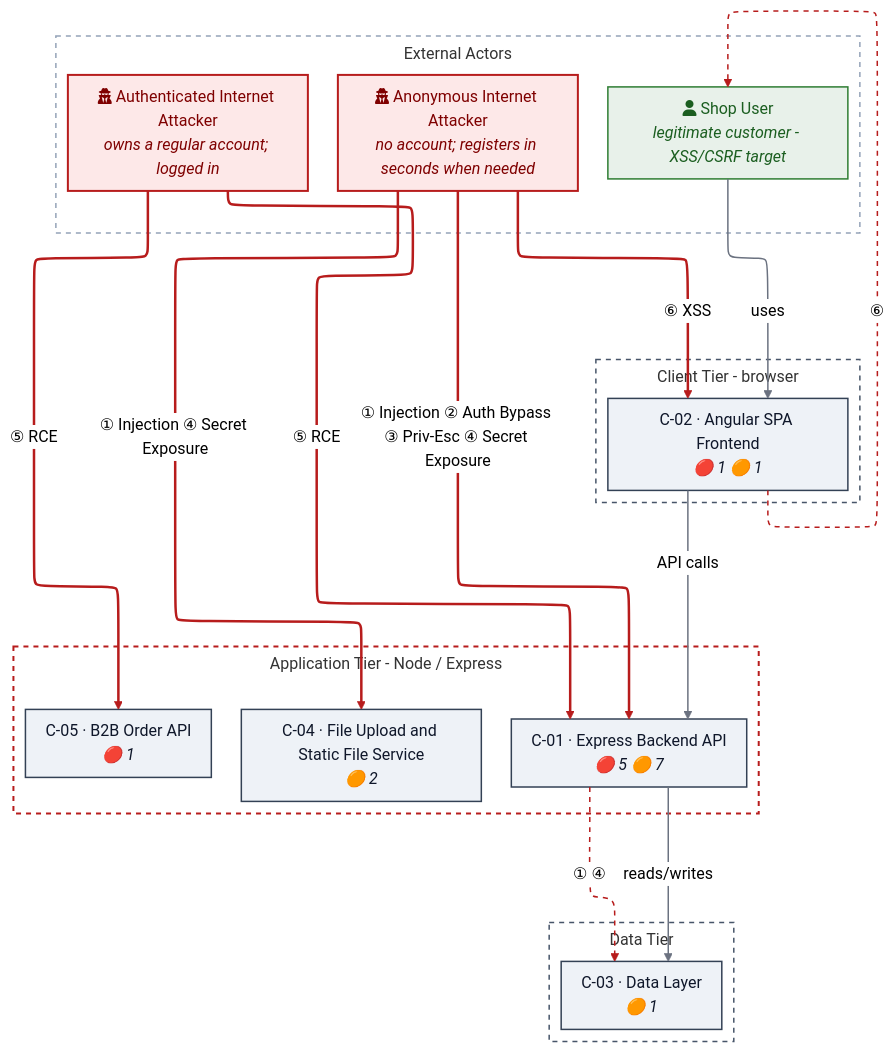
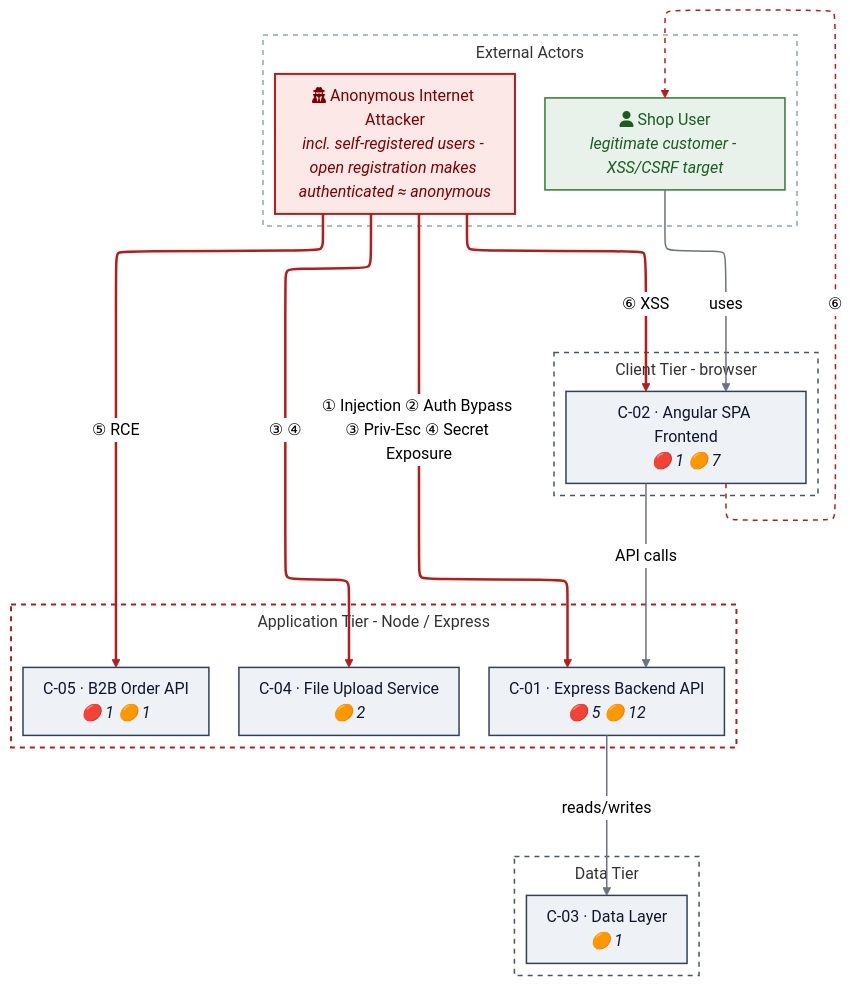
One commit to appsec-foundry/appsec-advisor changed the first of 18 diagrams in examples/threat-modeler/threat-model-juice-shop-standard.md. Above: the diagram before and after it, drawn with Mermaid (neutral theme). The commit also changed other lines of this file and 44 other files, not shown here.

````diff
--- a/examples/threat-modeler/threat-model-juice-shop-standard.md
+++ b/examples/threat-modeler/threat-model-juice-shop-standard.md
@@ -114,49 +114,46 @@
 ```mermaid
 %%{init: {"flowchart": {"defaultRenderer": "elk", "nodeSpacing": 34, "rankSpacing": 52, "padding": 10, "subGraphTitleMargin": {"top": 6, "bottom": 6}}} }%%
 flowchart TB
     subgraph ZONE_ACTORS["External Actors"]
         direction LR
         EXT_SHOPUSER["fa:fa-user Shop User<br/><i>legitimate customer - XSS/CSRF target</i>"]:::actorgood
-        ACT_INTERNET_ANON["fa:fa-user-secret Anonymous Internet Attacker<br/><i>no account; registers in seconds when needed</i>"]:::actorbad
-        ACT_INTERNET_USER["fa:fa-user-secret Authenticated Internet Attacker<br/><i>owns a regular account; logged in</i>"]:::actorbad
+        ACT_INTERNET_ANON["fa:fa-user-secret Anonymous Internet Attacker<br/><i>incl. self-registered users - open registration makes authenticated ≈ anonymous</i>"]:::actorbad
     end
 
     subgraph CLIENT["Client Tier - browser"]
-        CMP_ANGULAR_SPA["C-02 · Angular SPA Frontend<br/><i>🔴 1 🟠 1</i>"]:::comp
+        CMP_ANGULAR_SPA["C-02 · Angular SPA Frontend<br/><i>🔴 1 🟠 7</i>"]:::comp
     end
     subgraph APP["Application Tier - Node / Express"]
-        CMP_EXPRESS_BACKEND["C-01 · Express Backend API<br/><i>🔴 5 🟠 7</i>"]:::comp
-        CMP_FILE_UPLOAD_SERVICE["C-04 · File Upload and Static File Service<br/><i>🟠 2</i>"]:::comp
-        CMP_B2B_API["C-05 · B2B Order API<br/><i>🔴 1</i>"]:::comp
+        CMP_EXPRESS_BACKEND["C-01 · Express Backend API<br/><i>🔴 5 🟠 12</i>"]:::comp
+        CMP_FILE_UPLOAD_SERVICE["C-04 · File Upload Service<br/><i>🟠 2</i>"]:::comp
+        CMP_B2B_API["C-05 · B2B Order API<br/><i>🔴 1 🟠 1</i>"]:::comp
     end
     subgraph DATA["Data Tier"]
         CMP_DATA_LAYER["C-03 · Data Layer<br/><i>🟠 1</i>"]:::comp
     end
 
     %% legitimate request flow
     EXT_SHOPUSER -->|"uses"| CMP_ANGULAR_SPA
     CMP_ANGULAR_SPA -->|"API calls"| CMP_EXPRESS_BACKEND
     CMP_EXPRESS_BACKEND -->|"reads/writes"| CMP_DATA_LAYER
     %% attacks (solid) - each originates at a threat actor; glyphs match Figure 2 / Top Threats
     ACT_INTERNET_ANON ==>|"① Injection ② Auth Bypass ③ Priv-Esc ④ Secret Exposure"| CMP_EXPRESS_BACKEND
-    ACT_INTERNET_ANON ==>|"① Injection ④ Secret Exposure"| CMP_FILE_UPLOAD_SERVICE
-    ACT_INTERNET_USER ==>|"⑤ RCE"| CMP_B2B_API
-    ACT_INTERNET_USER ==>|"⑤ RCE"| CMP_EXPRESS_BACKEND
+    ACT_INTERNET_ANON ==>|"③ ④"| CMP_FILE_UPLOAD_SERVICE
+    ACT_INTERNET_ANON ==>|"⑤ RCE"| CMP_B2B_API
     ACT_INTERNET_ANON ==>|"⑥ XSS"| CMP_ANGULAR_SPA
     %% propagation (dotted) - how the attack reaches the data tier / victim
-    CMP_EXPRESS_BACKEND -.->|"① ④"| CMP_DATA_LAYER
     CMP_ANGULAR_SPA -.->|"⑥"| EXT_SHOPUSER
 
     style CLIENT fill:none,stroke:#475569,stroke-width:1.5px,stroke-dasharray:5
     style APP fill:none,stroke:#b71c1c,stroke-width:2px,stroke-dasharray:5
     style DATA fill:none,stroke:#475569,stroke-width:1.5px,stroke-dasharray:5
     style ZONE_ACTORS fill:none,stroke:#94a3b8,stroke-width:1.5px,stroke-dasharray:5
     classDef comp fill:#eef2f7,stroke:#334155,color:#0f172a,stroke-width:1.5px
     classDef compmuted fill:#f8fafc,stroke:#cbd5e1,color:#64748b,stroke-width:1px,font-size:9px
     classDef ext  fill:#ffffff,stroke:#94a3b8,color:#334155,stroke-width:1.5px
     classDef actorbad  fill:#fde8e8,stroke:#b71c1c,color:#7f0000,stroke-width:2px
     classDef actorgood fill:#e8f1ea,stroke:#2e7d32,color:#1b5e20,stroke-width:1.5px
     linkStyle 0,1,2 stroke:#6b7280,stroke-width:1.5px
-    linkStyle 3,4,5,6,7 stroke:#b71c1c,stroke-width:2.5px
-    linkStyle 8,9 stroke:#b71c1c,stroke-width:1.5px,stroke-dasharray:5
+    linkStyle 3,4,5,6 stroke:#b71c1c,stroke-width:2.5px
+    linkStyle 7 stroke:#b71c1c,stroke-width:1.5px,stroke-dasharray:5
 ```
````
